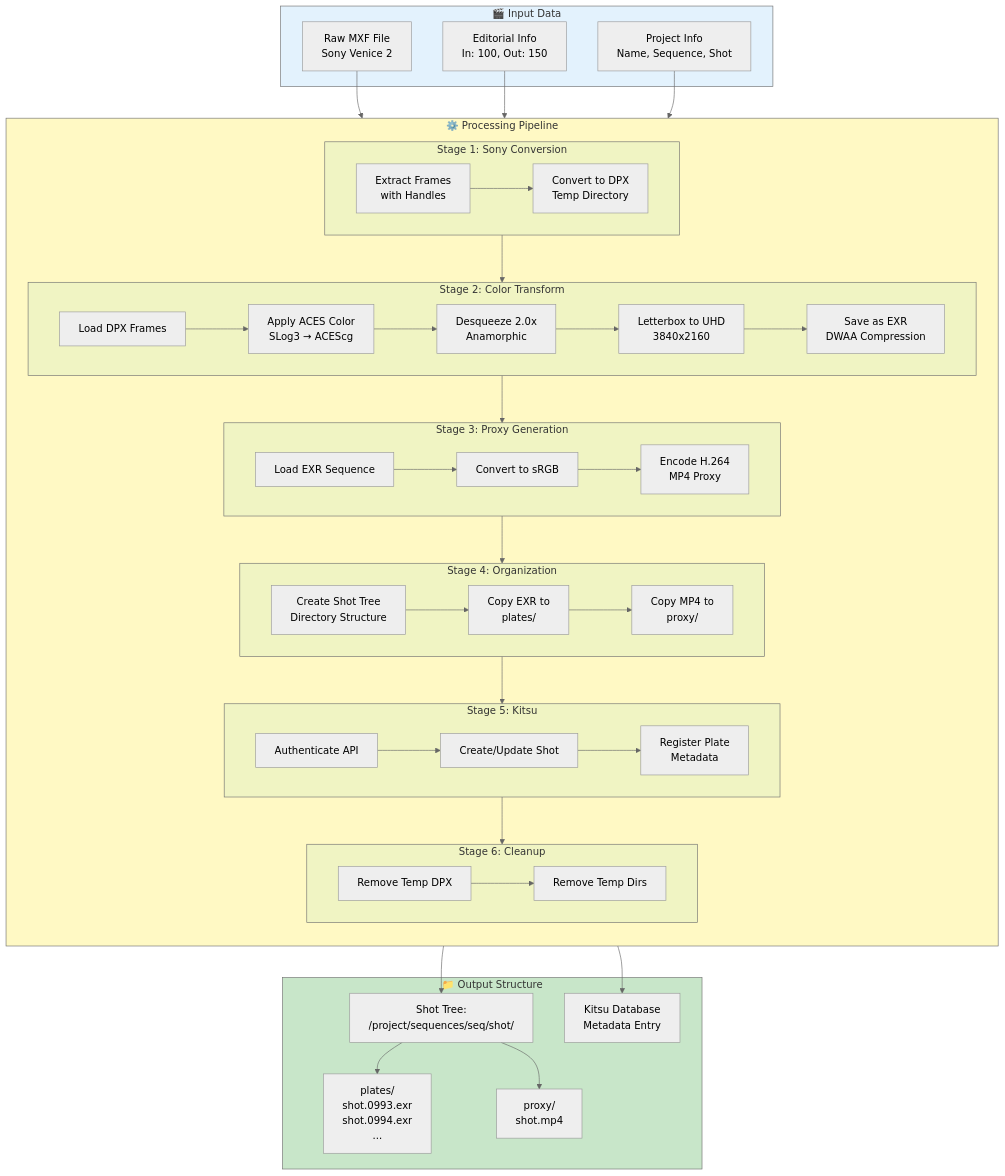
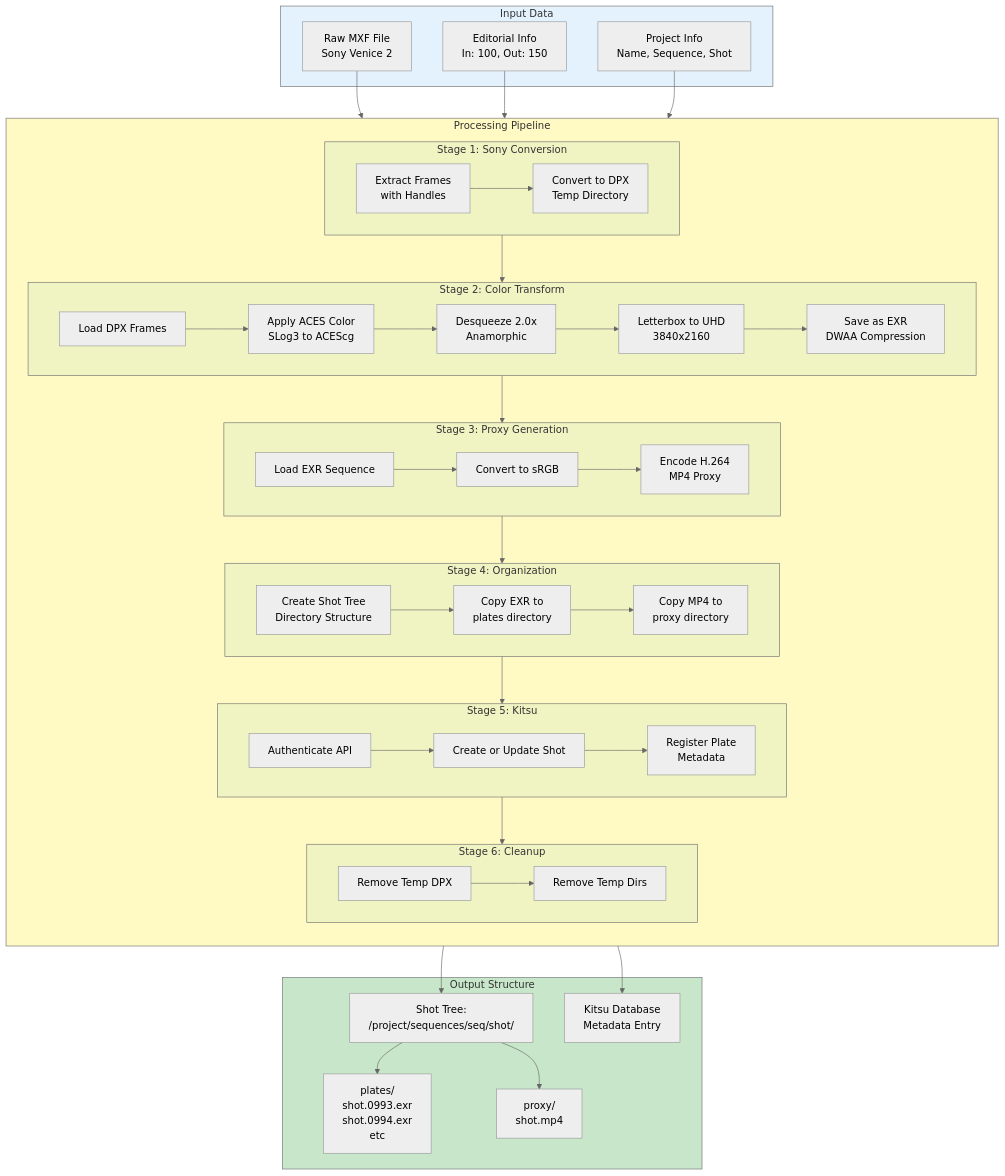
The second of 9 diagrams in FLOWCHARTS.md (thomashollier/ded-pipe), drawn with Mermaid (neutral theme) before and after one commit. The commit also changed other lines of this file, not shown here.

````diff
--- a/FLOWCHARTS.md
+++ b/FLOWCHARTS.md
@@ -62,53 +65,53 @@
 ```mermaid
 graph TB
-    subgraph Input ["🎬 Input Data"]
-        Raw[Raw MXF File<br/>Sony Venice 2]
-        Editorial[Editorial Info<br/>In: 100, Out: 150]
-        Project[Project Info<br/>Name, Sequence, Shot]
+    subgraph Input ["Input Data"]
+        Raw["Raw MXF File<br/>Sony Venice 2"]
+        Editorial["Editorial Info<br/>In: 100, Out: 150"]
+        Project["Project Info<br/>Name, Sequence, Shot"]
     end
     
-    subgraph Processing ["⚙️ Processing Pipeline"]
+    subgraph Processing ["Processing Pipeline"]
         direction TB
         
         subgraph Stage1 ["Stage 1: Sony Conversion"]
-            S1A[Extract Frames<br/>with Handles]
-            S1B[Convert to DPX<br/>Temp Directory]
+            S1A["Extract Frames<br/>with Handles"]
+            S1B["Convert to DPX<br/>Temp Directory"]
             S1A --> S1B
         end
         
         subgraph Stage2 ["Stage 2: Color Transform"]
-            S2A[Load DPX Frames]
-            S2B[Apply ACES Color<br/>SLog3 → ACEScg]
-            S2C[Desqueeze 2.0x<br/>Anamorphic]
-            S2D[Letterbox to UHD<br/>3840x2160]
-            S2E[Save as EXR<br/>DWAA Compression]
+            S2A["Load DPX Frames"]
+            S2B["Apply ACES Color<br/>SLog3 to ACEScg"]
+            S2C["Desqueeze 2.0x<br/>Anamorphic"]
+            S2D["Letterbox to UHD<br/>3840x2160"]
+            S2E["Save as EXR<br/>DWAA Compression"]
             S2A --> S2B --> S2C --> S2D --> S2E
         end
         
         subgraph Stage3 ["Stage 3: Proxy Generation"]
-            S3A[Load EXR Sequence]
-            S3B[Convert to sRGB]
-            S3C[Encode H.264<br/>MP4 Proxy]
+            S3A["Load EXR Sequence"]
+            S3B["Convert to sRGB"]
+            S3C["Encode H.264<br/>MP4 Proxy"]
             S3A --> S3B --> S3C
         end
         
         subgraph Stage4 ["Stage 4: Organization"]
-            S4A[Create Shot Tree<br/>Directory Structure]
-            S4B[Copy EXR to<br/>plates/]
-            S4C[Copy MP4 to<br/>proxy/]
+            S4A["Create Shot Tree<br/>Directory Structure"]
+            S4B["Copy EXR to<br/>plates directory"]
+            S4C["Copy MP4 to<br/>proxy directory"]
             S4A --> S4B --> S4C
         end
         
         subgraph Stage5 ["Stage 5: Kitsu"]
-            S5A[Authenticate API]
-            S5B[Create/Update Shot]
-            S5C[Register Plate<br/>Metadata]
+            S5A["Authenticate API"]
+            S5B["Create or Update Shot"]
+            S5C["Register Plate<br/>Metadata"]
             S5A --> S5B --> S5C
         end
         
         subgraph Stage6 ["Stage 6: Cleanup"]
-            S6A[Remove Temp DPX]
-            S6B[Remove Temp Dirs]
+            S6A["Remove Temp DPX"]
+            S6B["Remove Temp Dirs"]
             S6A --> S6B
         end
         
@@ -119,11 +122,11 @@
         Stage5 --> Stage6
     end
     
-    subgraph Output ["📁 Output Structure"]
-        Tree[Shot Tree:<br/>/project/sequences/seq/shot/]
-        Plates[plates/<br/>shot.0993.exr<br/>shot.0994.exr<br/>...]
-        Proxy[proxy/<br/>shot.mp4]
-        Kitsu[Kitsu Database<br/>Metadata Entry]
+    subgraph Output ["Output Structure"]
+        Tree["Shot Tree:<br/>/project/sequences/seq/shot/"]
+        Plates["plates/<br/>shot.0993.exr<br/>shot.0994.exr<br/>etc"]
+        Proxy["proxy/<br/>shot.mp4"]
+        Kitsu["Kitsu Database<br/>Metadata Entry"]
     end
     
     Raw --> Stage1
````
